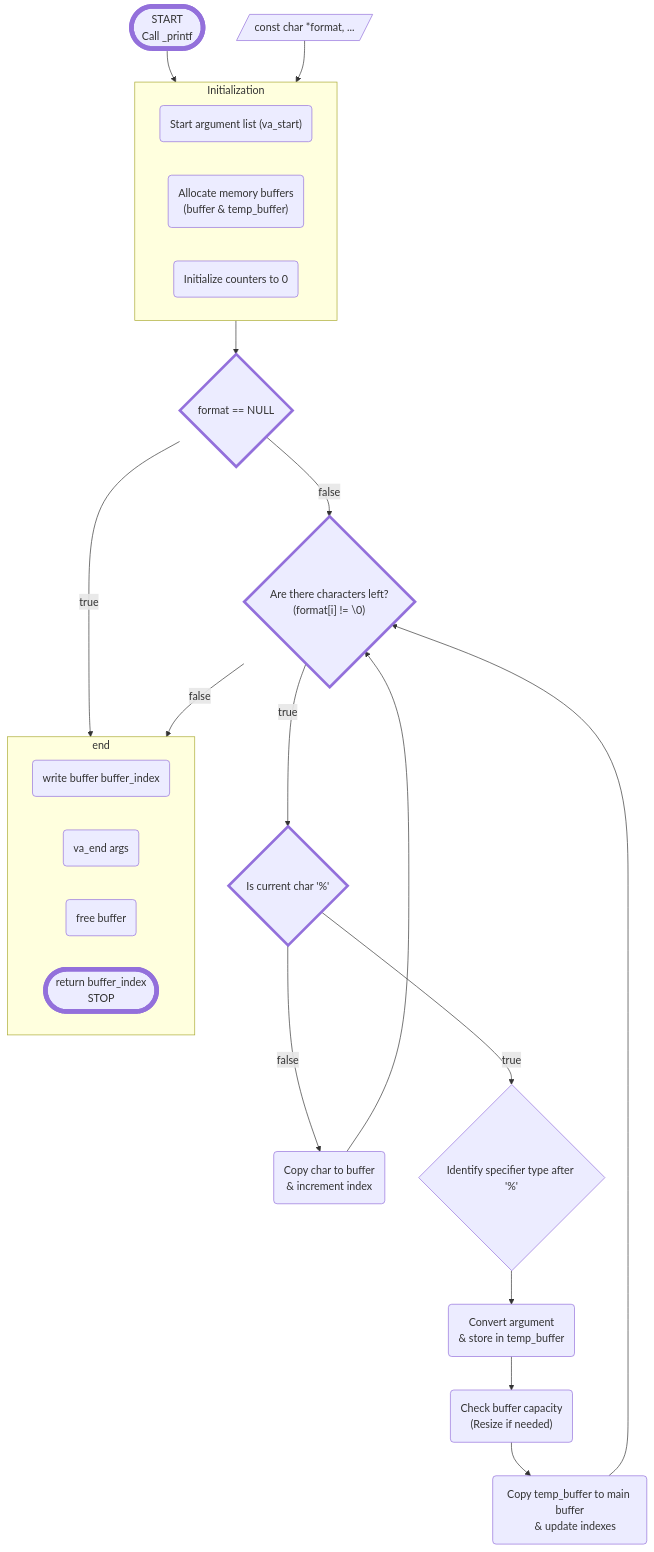
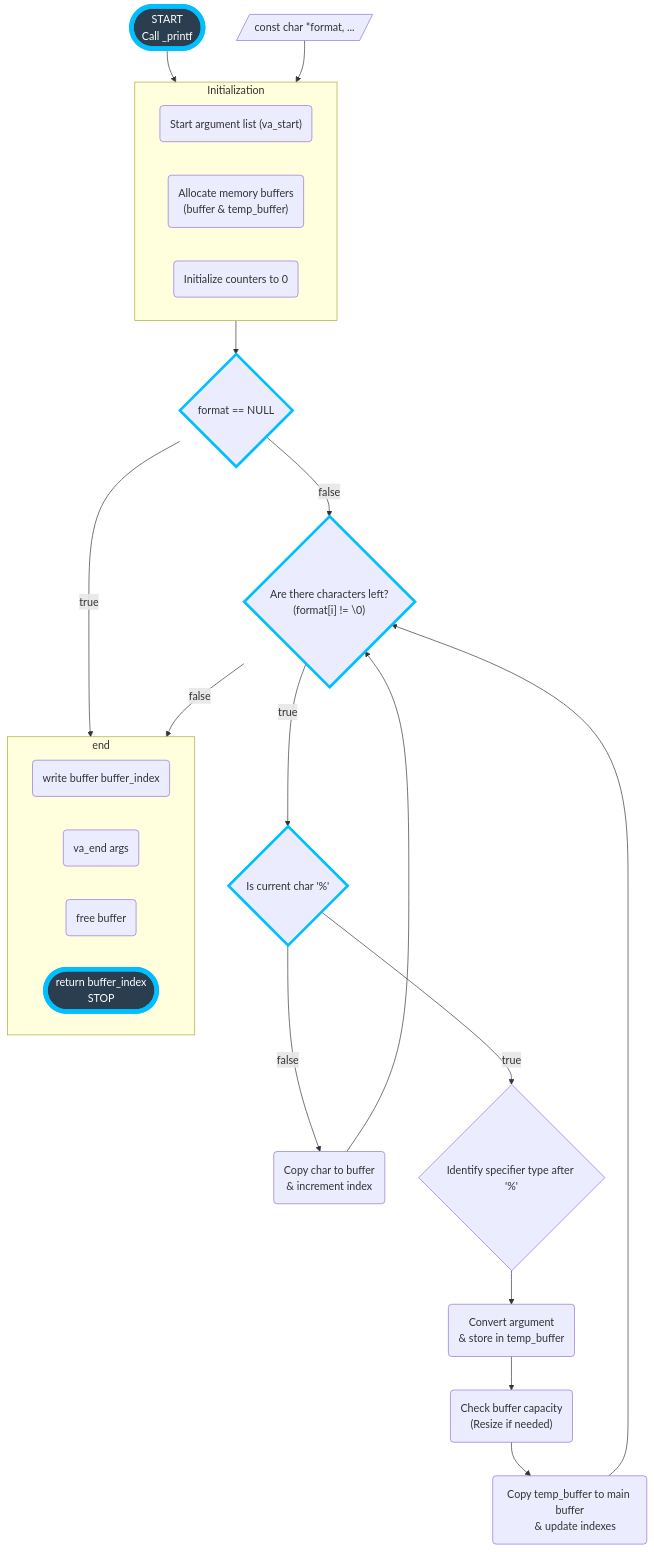
One commit to ylabate/holbertonschool-printf changed the diagram in ressource/flowchart.md. Above: the diagram before and after it, drawn with Mermaid.

Commit message:
style: update flowchart styles to Neo-Dark theme with cyan borders

````diff
--- a/ressource/flowchart.md
+++ b/ressource/flowchart.md
@@ -1,43 +1,43 @@
 ```mermaid
 flowchart TB
  subgraph B["Initialization"]
         1("Start argument list (va_start)")
         2("Allocate memory buffers
         (buffer & temp_buffer)")
         4("Initialize counters to 0")
   end
  subgraph END["end"]
         6("write buffer buffer_index")
         7("va_end args")
         8("free buffer")
         9(["return buffer_index
         STOP"])
   end
     A(["START
     Call _printf"]) --> B
     Abis[/"const char *format, ..."/] --> B
     B --> Bbis{"format == NULL"}
     Bbis -- false --> C{"Are there characters left?
     (format[i] != \0)"}
     Bbis -- true --> END
     C -- false --> END
     C -- true --> D{Is current char '%'}
     D -- false --> E("Copy char to buffer
     & increment index")
     D -- true --> F{Identify specifier type after '%'}
     E --> C
     F --> H("Convert argument
     & store in temp_buffer")
     H --> I("Check buffer capacity
     (Resize if needed)")
     I --> K("Copy temp_buffer to main buffer
     & update indexes")
     K --> C
     
-    %% Styles restaurés
-    style A stroke-width:7px;
-    style 9 stroke-width:7px;
-    style C stroke-width:4px;
-    style D stroke-width:4px;
-    style Bbis stroke-width:4px;
+    %% Styles pour simuler Neo-Dark avec bordures en cyan et épaisseur:
+    style A fill:#2b3e50, stroke:#00bfff, stroke-width:7px, color:#ffffff;
+    style 9 fill:#2b3e50, stroke:#00bfff, stroke-width:7px, color:#ffffff;
+    style C stroke:#00bfff, stroke-width:4px;
+    style D stroke:#00bfff, stroke-width:4px;
+    style Bbis stroke:#00bfff, stroke-width:4px;
 ```
````
